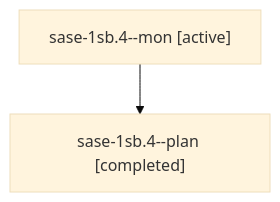
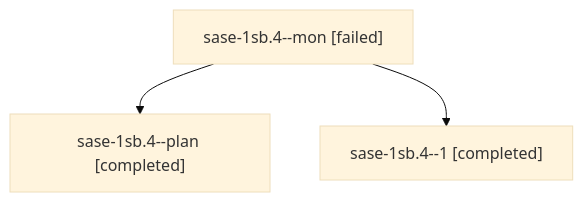
Before and after one commit to sase-org/sase--agents: the diagram in sessions/bbugyi200.athena.sase-1sb.4.md, drawn with Mermaid (base theme). The commit also changed other lines of this file and 37 other files, not shown here.

````diff
--- a/sessions/bbugyi200.athena.sase-1sb.4.md
+++ b/sessions/bbugyi200.athena.sase-1sb.4.md
@@ -9,6 +9,8 @@
 ```mermaid
 flowchart TD
-  n0["sase-1sb.4--mon [active]"]
+  n0["sase-1sb.4--mon [failed]"]
   n1["sase-1sb.4--plan [completed]"]
   n0 --> n1
+  n2["sase-1sb.4--1 [completed]"]
+  n0 --> n2
 ```
````
